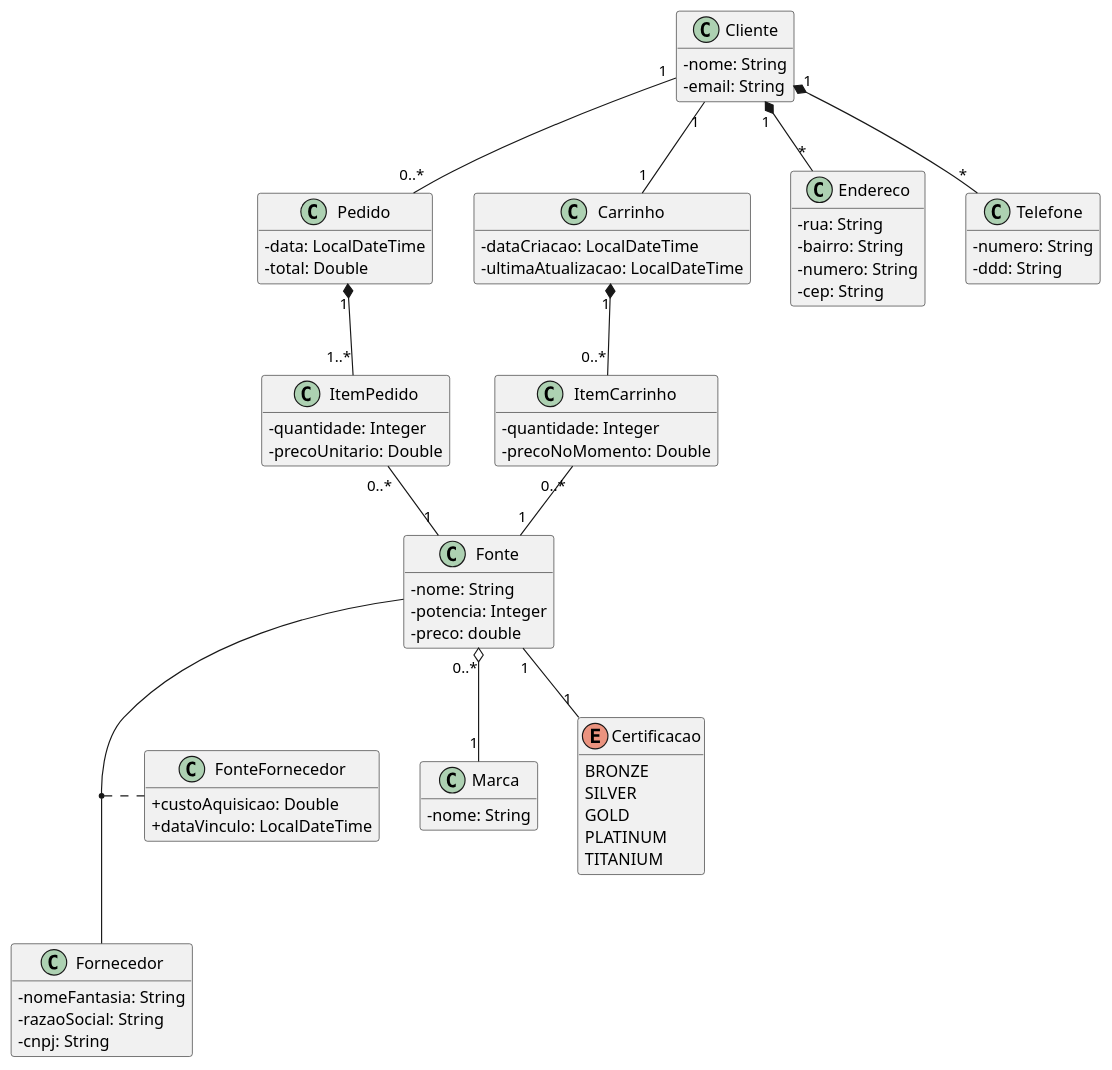
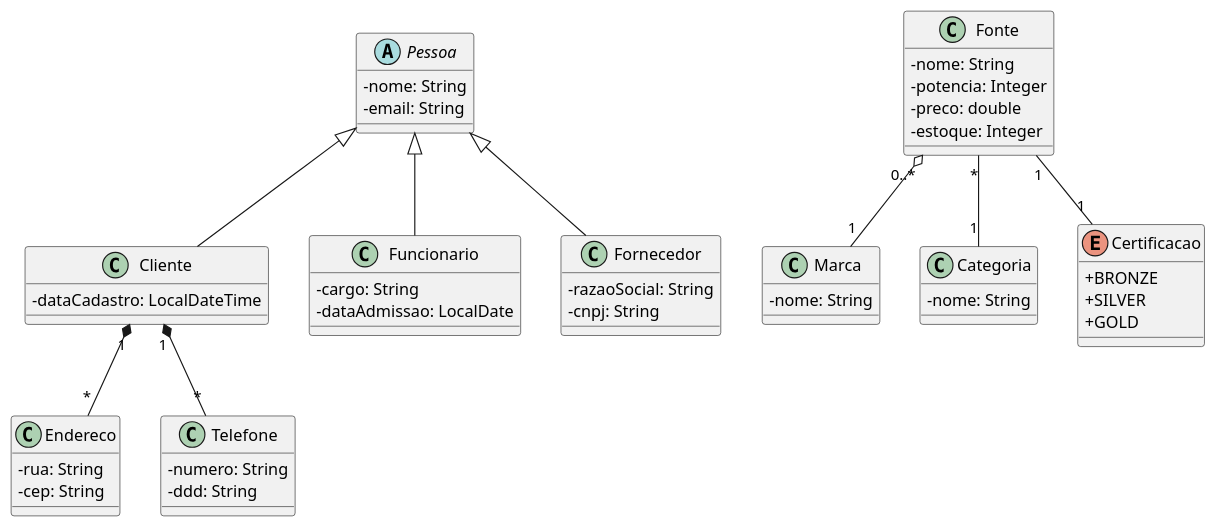
One commit to BielGG9/fontestp1 changed the diagram in src/main/resources/UML.puml. Above: the diagram before and after it, drawn with PlantUML. The commit also changed 15 other files, not shown here.

```diff
--- a/src/main/resources/UML.puml
+++ b/src/main/resources/UML.puml
@@ -1,95 +1,55 @@
 @startuml
 
 skinparam classAttributeIconSize 0
-hide empty members
 
-' --- Cluster Superior: Vendas e Pedidos ---
-class Pedido {
-  -data: LocalDateTime
-  -total: Double
-}
-
-class ItemPedido {
- -quantidade: Integer
- -precoUnitario: Double
-}
-
-class Carrinho {
-  -dataCriacao: LocalDateTime
-  -ultimaAtualizacao: LocalDateTime
-}
-
-class ItemCarrinho {
- -quantidade: Integer
- -precoNoMomento: Double
-}
-
-' --- Cluster Central: Cliente e Dados Pessoais ---
-class Cliente {
+abstract class Pessoa   {
   -nome: String
   -email: String
 }
 
-class Endereco {
+
+class Cliente extends Pessoa {
+  -dataCadastro: LocalDateTime
+}
+class Endereco   {
   -rua: String
-  -bairro: String
-  -numero: String
   -cep: String
 }
-
-class Telefone {
+class Telefone   {
   -numero: String
   -ddd: String
 }
-
-' --- Cluster Inferior: Produtos e Fornecedores ---
-class Fonte {
+class Funcionario extends Pessoa {
+  -cargo: String
+  -dataAdmissao: LocalDate
+}
+class Fornecedor extends Pessoa {
+  -razaoSocial: String
+  -cnpj: String
+}
+class Fonte   {
   -nome: String
   -potencia: Integer
   -preco: double
+  -estoque: Integer
+}
+class Marca   {
+  -nome: String
+}
+class Categoria   {
+  -nome: String
+}
+enum Certificacao {
+  + BRONZE 
+  + SILVER
+  + GOLD
 }
 
-class Marca {
-  -nome: String
-}
-
-enum Certificacao {
-  BRONZE
-  SILVER
-  GOLD
-  PLATINUM
-  TITANIUM
-}
-
-class Fornecedor {
-  -nomeFantasia: String
-  -razaoSocial: String
-  -cnpj: String
-}
-
-class FonteFornecedor {
-  +custoAquisicao: Double
-  +dataVinculo: LocalDateTime
-}
-
-
-' --- Relacionamentos (definidos para espelhar o layout da imagem) ---
-
-' Conexões do Cliente (Central)
 Cliente "1" *-- "*" Endereco
 Cliente "1" *-- "*" Telefone
-Cliente "1" -- "0..*" Pedido
-Cliente "1" -- "1" Carrinho
 
-' Conexões de Vendas (Superior)
-Pedido "1" *-- "1..*" ItemPedido
-Carrinho "1" *-- "0..*" ItemCarrinho
-
-' Conexões de Produtos (Inferior)
-ItemPedido "0..*" -- "1" Fonte
-ItemCarrinho "0..*" -- "1" Fonte
 Fonte "0..*" o-- "1" Marca
+Fonte "*" -- "1" Categoria
 Fonte "1" -- "1" Certificacao
-(Fonte, Fornecedor) .. FonteFornecedor
 
 @enduml
```
